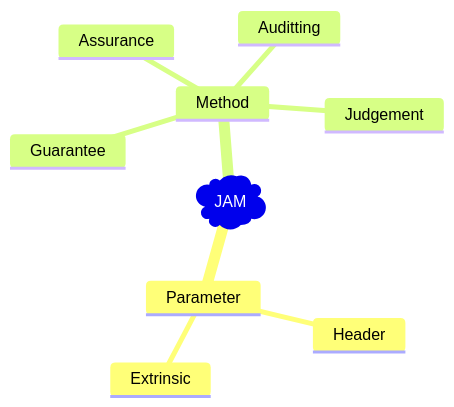
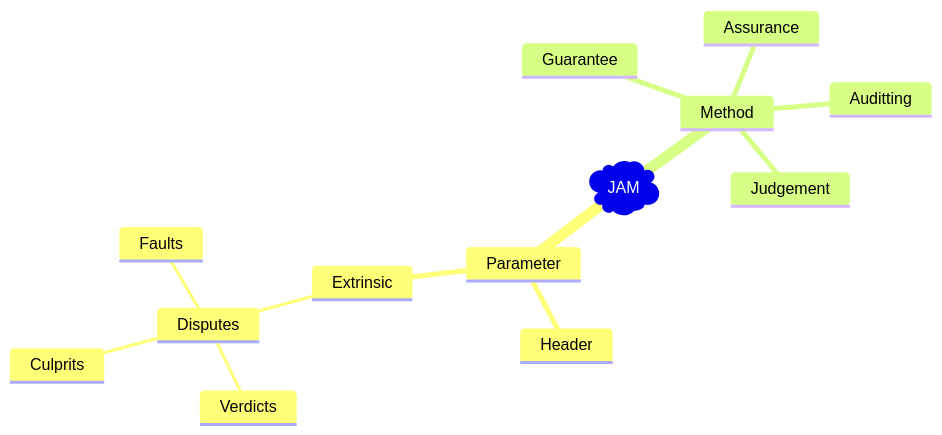
Before and after one commit to New-JAMneration/JAM-Protocol: the diagram in README.md, drawn with Mermaid.

Commit message:
Update README.md: mermaid extrinsic disputes
Extrinsic_{Disputes} is a tuple contains verdicts, culprits, and faults

````diff
--- a/README.md
+++ b/README.md
@@ -11,12 +11,16 @@
 ```mermaid
 mindmap
   id)JAM(
     Parameter
       Header
       Extrinsic
+        Disputes
+          Verdicts
+          Culprits
+          Faults
     Method
       Guarantee
       Assurance
       Auditting
       Judgement
 ```
````
